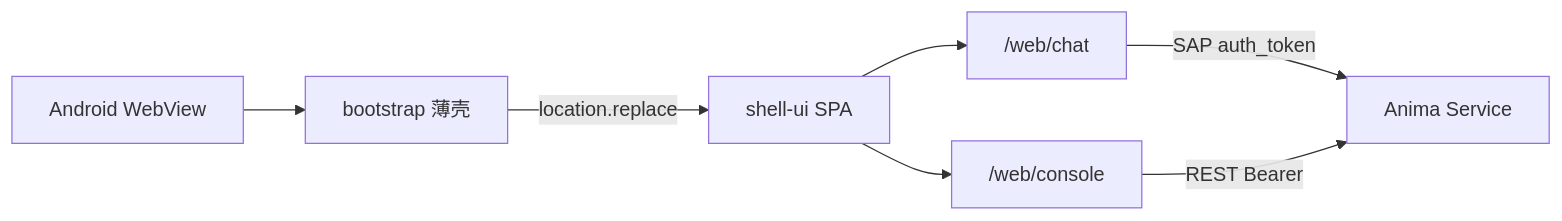
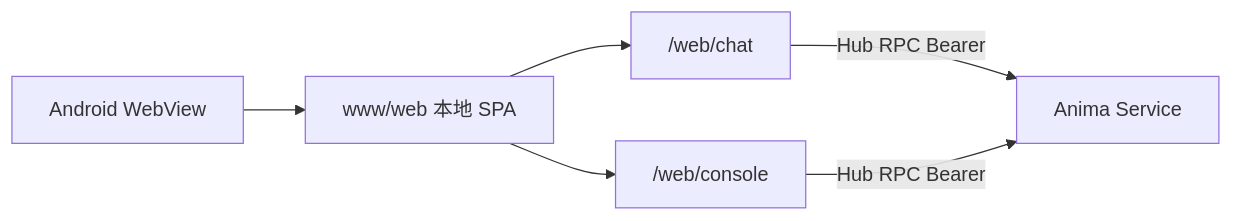
One commit to freeanima-org/freeanima changed the diagram in docs/features/mobile-app.md. Above: the diagram before and after it, drawn with Mermaid. The commit also changed other lines of this file and 31 other files, not shown here.

First line of the commit message:
refactor(shell): Desktop/Mobile 默认本地打包 web/dist

````diff
--- a/docs/features/mobile-app.md
+++ b/docs/features/mobile-app.md
@@ -22,16 +22,14 @@
 ```mermaid
 flowchart LR
   Phone[Android WebView]
-  Bootstrap[bootstrap 薄壳]
-  Shell[shell-ui SPA]
+  Local["www/web 本地 SPA"]
   Chat["/web/chat"]
   Console["/web/console"]
   Hub[Anima Service]
 
-  Phone --> Bootstrap
-  Bootstrap -->|location.replace| Shell
-  Shell --> Chat
-  Shell --> Console
-  Chat -->|SAP auth_token| Hub
-  Console -->|REST Bearer| Hub
+  Phone --> Local
+  Local --> Chat
+  Local --> Console
+  Chat -->|Hub RPC Bearer| Hub
+  Console -->|Hub RPC Bearer| Hub
 ```
````
